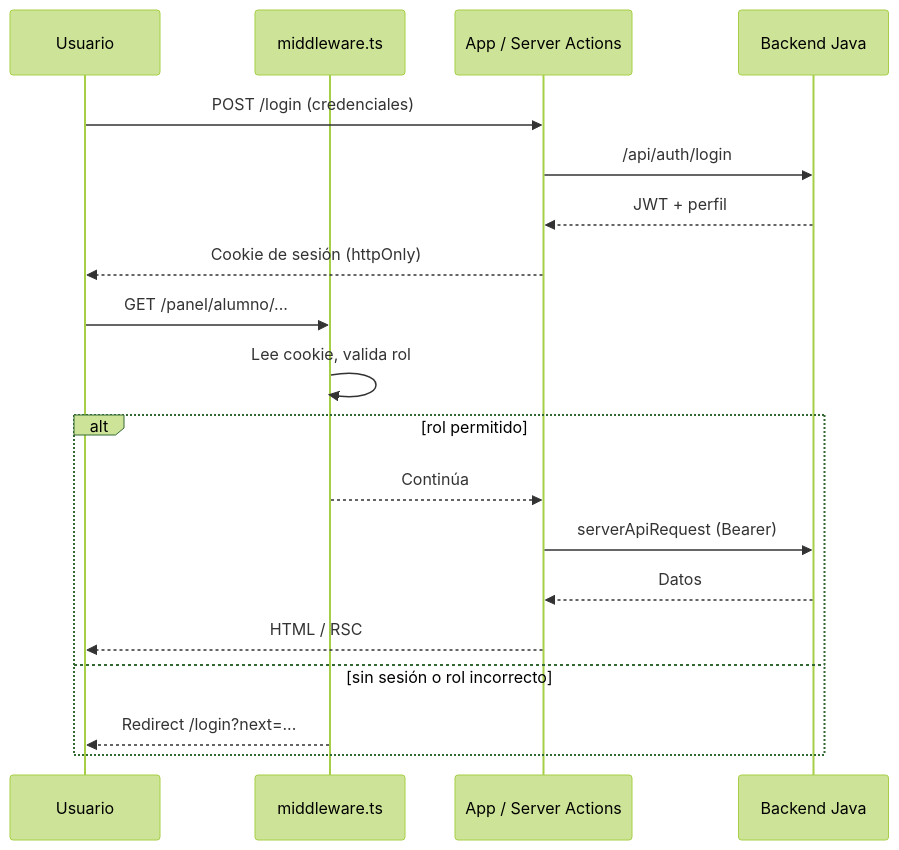
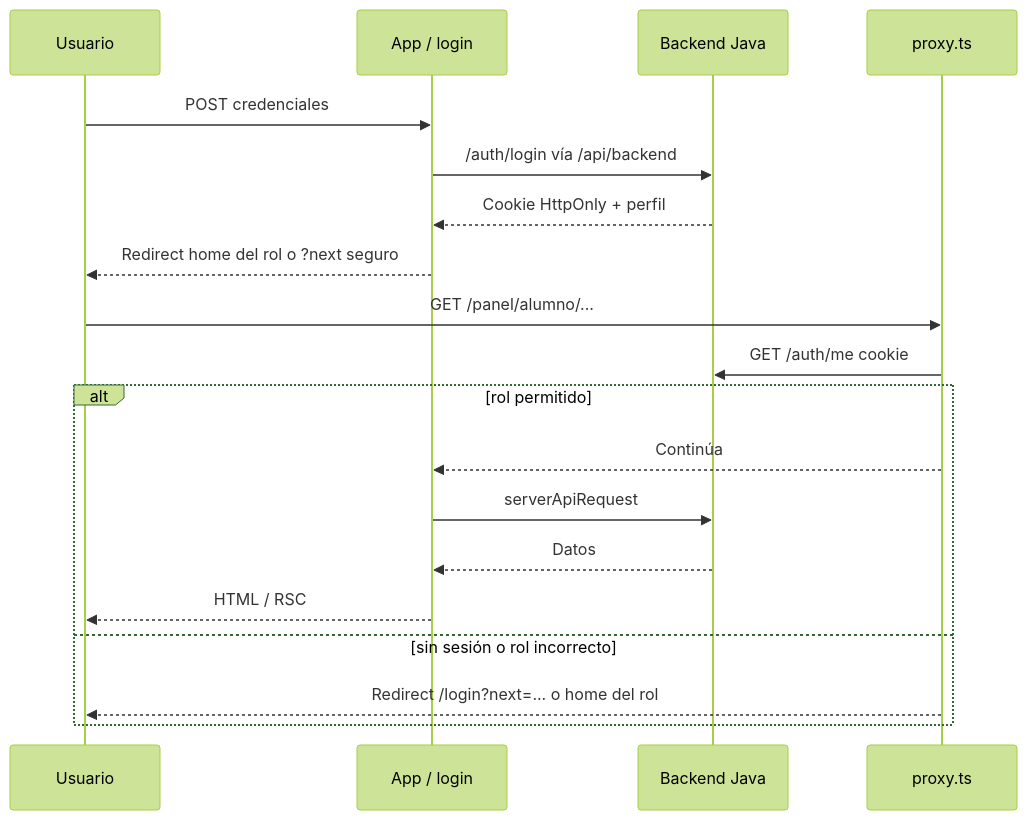
The third of 11 diagrams in docs/FLUJOS.md (mariasan001/front-servicio-social), drawn with Mermaid (forest theme) before and after one commit. The commit also changed other lines of this file and 64 other files, not shown here.

First line of the commit message:
feat(quality): harden architecture, tests, and security docs

````diff
--- a/docs/FLUJOS.md
+++ b/docs/FLUJOS.md
@@ -50,23 +66,23 @@
 ```mermaid
 sequenceDiagram
   participant U as Usuario
-  participant MW as middleware.ts
-  participant App as App / Server Actions
+  participant App as App / login
   participant API as Backend Java
+  participant P as proxy.ts
 
-  U->>App: POST /login (credenciales)
-  App->>API: /api/auth/login
-  API-->>App: JWT + perfil
-  App-->>U: Cookie de sesión (httpOnly)
+  U->>App: POST credenciales
+  App->>API: /auth/login vía /api/backend
+  API-->>App: Cookie HttpOnly + perfil
+  App-->>U: Redirect home del rol o ?next seguro
 
-  U->>MW: GET /panel/alumno/...
-  MW->>MW: Lee cookie, valida rol
+  U->>P: GET /panel/alumno/...
+  P->>API: GET /auth/me cookie
   alt rol permitido
-    MW-->>App: Continúa
-    App->>API: serverApiRequest (Bearer)
+    P-->>App: Continúa
+    App->>API: serverApiRequest
     API-->>App: Datos
     App-->>U: HTML / RSC
   else sin sesión o rol incorrecto
-    MW-->>U: Redirect /login?next=...
+    P-->>U: Redirect /login?next=... o home del rol
   end
 ```
````
